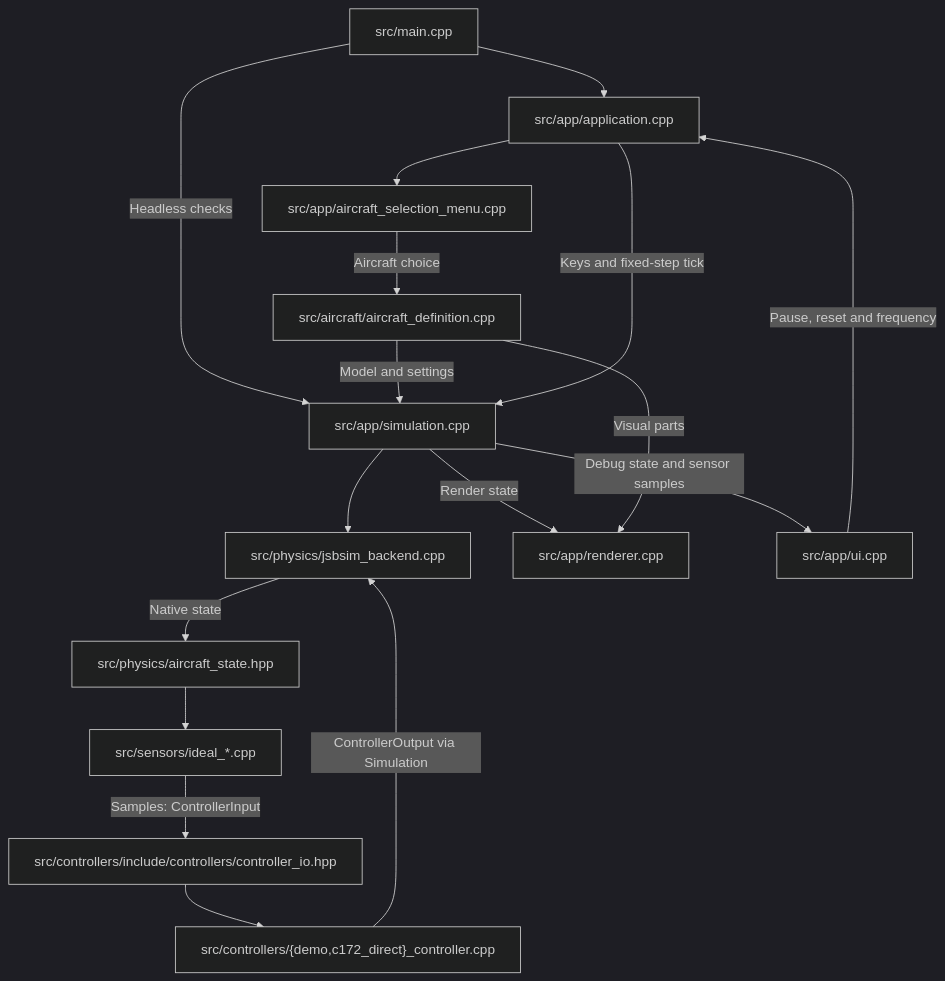
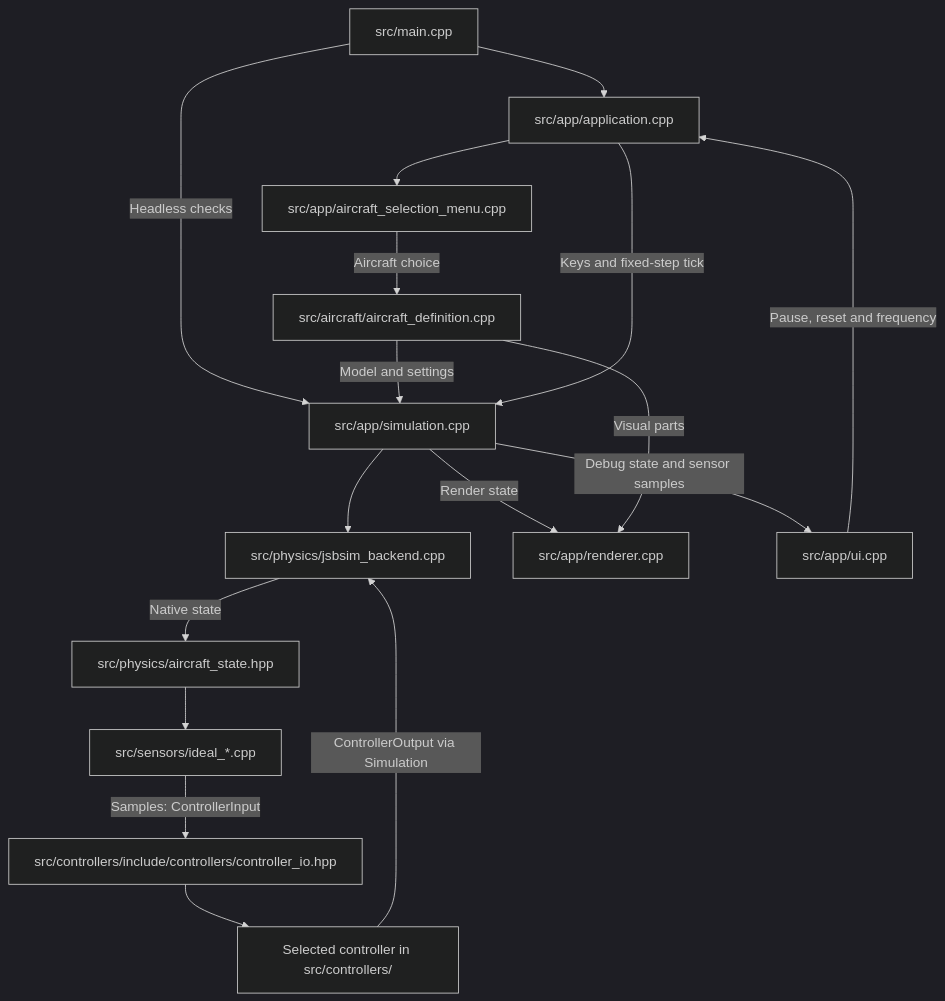
Before and after one commit to lolo-pb/daedalia-physics-sim: the diagram in lolo-notes.md, drawn with Mermaid (dark theme). The commit also changed other lines of this file, not shown here.

````diff
--- a/lolo-notes.md
+++ b/lolo-notes.md
@@ -27,19 +24,19 @@
 ```mermaid
 flowchart TD
     main["src/main.cpp"] --> app["src/app/application.cpp"]
     main -->|"Headless checks"| sim["src/app/simulation.cpp"]
     app --> menu["src/app/aircraft_selection_menu.cpp"]
     menu -->|"Aircraft choice"| definition["src/aircraft/aircraft_definition.cpp"]
     definition -->|"Model and settings"| sim
     app -->|"Keys and fixed-step tick"| sim
     sim --> backend["src/physics/jsbsim_backend.cpp"]
     backend -->|"Native state"| state["src/physics/aircraft_state.hpp"]
     state --> sensors["src/sensors/ideal_*.cpp"]
     sensors -->|"Samples: ControllerInput"| io["src/controllers/include/controllers/controller_io.hpp"]
-    io --> controller["src/controllers/{demo,c172_direct}_controller.cpp"]
+    io --> controller["Selected controller in src/controllers/"]
     controller -->|"ControllerOutput via Simulation"| backend
     sim -->|"Render state"| renderer["src/app/renderer.cpp"]
     definition -->|"Visual parts"| renderer
     sim -->|"Debug state and sensor samples"| ui["src/app/ui.cpp"]
     ui -->|"Pause, reset and frequency"| app
 ```
````
